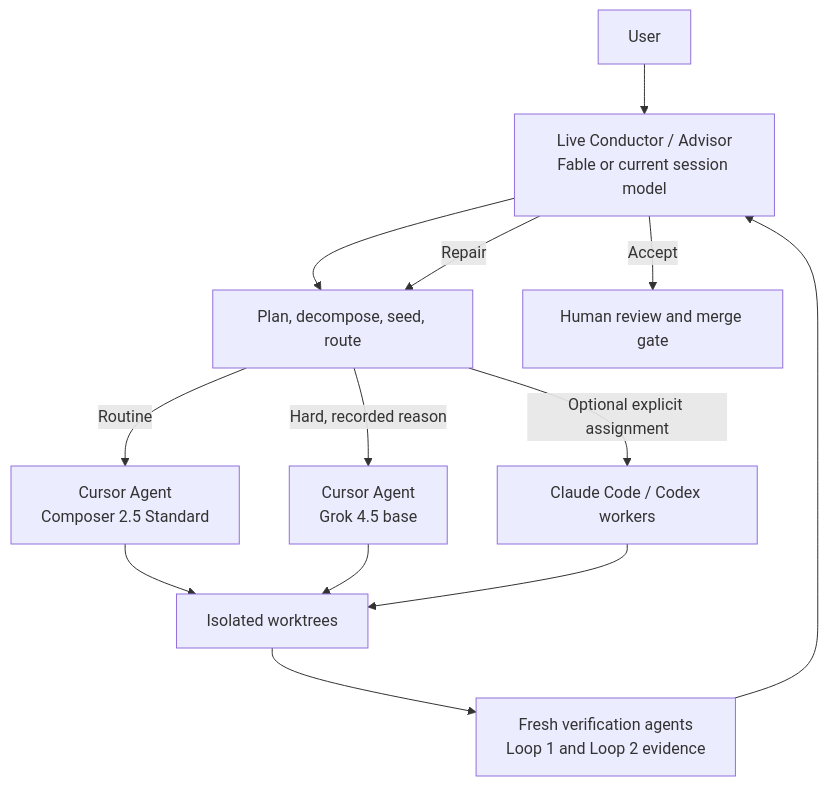
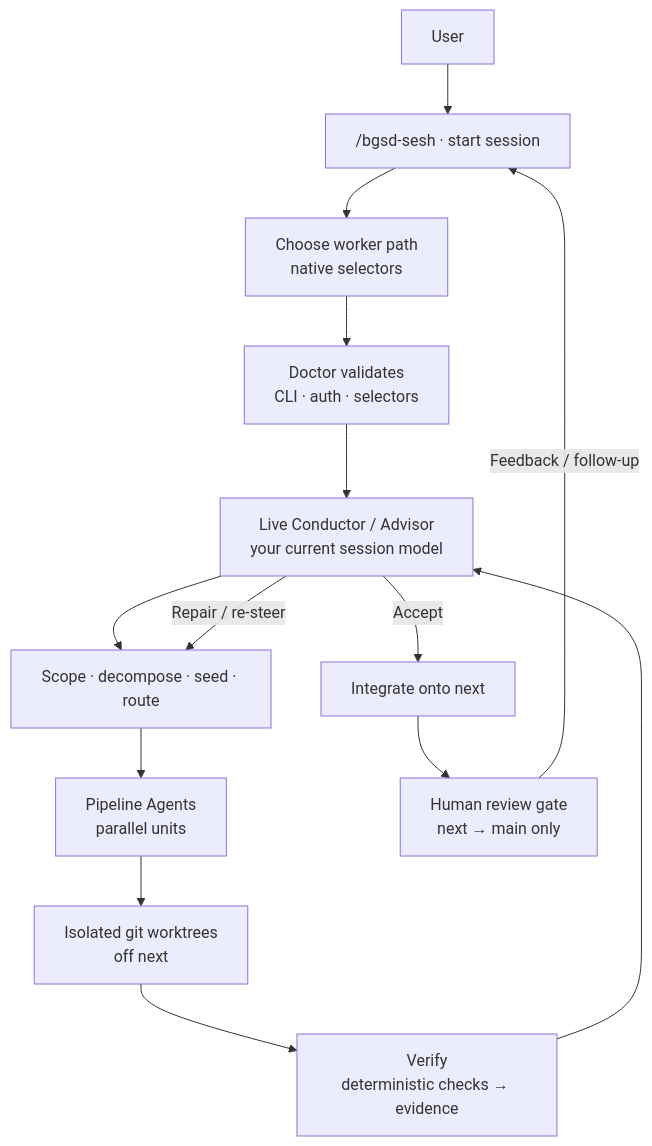
Before and after one commit to filippo-fonseca/better-gsd: the diagram in README.md, drawn with Mermaid. The commit also changed other lines of this file and 2 other files, not shown here.

First line of the commit message:
docs: generalize architecture around the sesh loop

````diff
--- a/README.md
+++ b/README.md
@@ -19,15 +21,16 @@
 ```mermaid
 flowchart TD
-    U[User] --> C[Live Conductor / Advisor<br/>Fable or current session model]
-    C --> P[Plan, decompose, seed, route]
-    P -->|Routine| CO[Cursor Agent<br/>Composer 2.5 Standard]
-    P -->|Hard, recorded reason| GR[Cursor Agent<br/>Grok 4.5 base]
-    P -->|Optional explicit assignment| CC[Claude Code / Codex workers]
-    CO --> WT[Isolated worktrees]
-    GR --> WT
-    CC --> WT
-    WT --> EV[Fresh verification agents<br/>Loop 1 and Loop 2 evidence]
-    EV --> C
-    C -->|Repair| P
-    C -->|Accept| HG[Human review and merge gate]
+    U[User] --> S["/bgsd-sesh · start session"]
+    S --> SEL[Choose worker path<br/>native selectors]
+    SEL --> DOC[Doctor validates<br/>CLI · auth · selectors]
+    DOC --> C[Live Conductor / Advisor<br/>your current session model]
+    C --> PLAN[Scope · decompose · seed · route]
+    PLAN --> PA[Pipeline Agents<br/>parallel units]
+    PA --> WT[Isolated git worktrees<br/>off next]
+    WT --> VER[Verify<br/>deterministic checks → evidence]
+    VER --> C
+    C -->|Repair / re-steer| PLAN
+    C -->|Accept| INT[Integrate onto next]
+    INT --> HG[Human review gate<br/>next → main only]
+    HG -->|Feedback / follow-up| S
 ```
````
